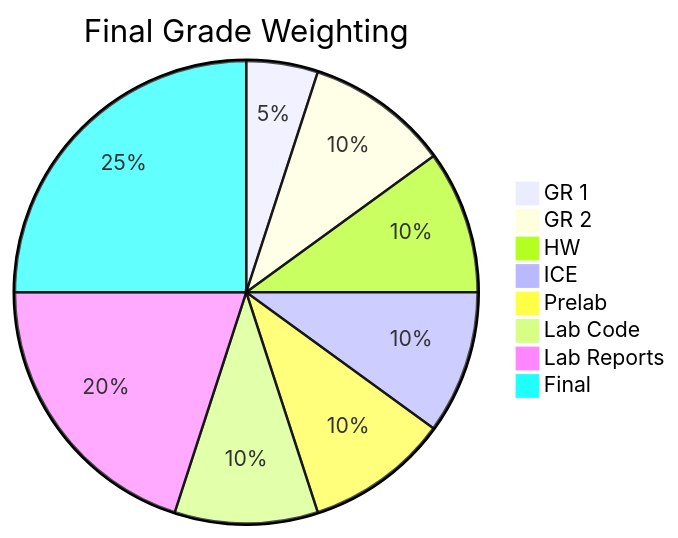
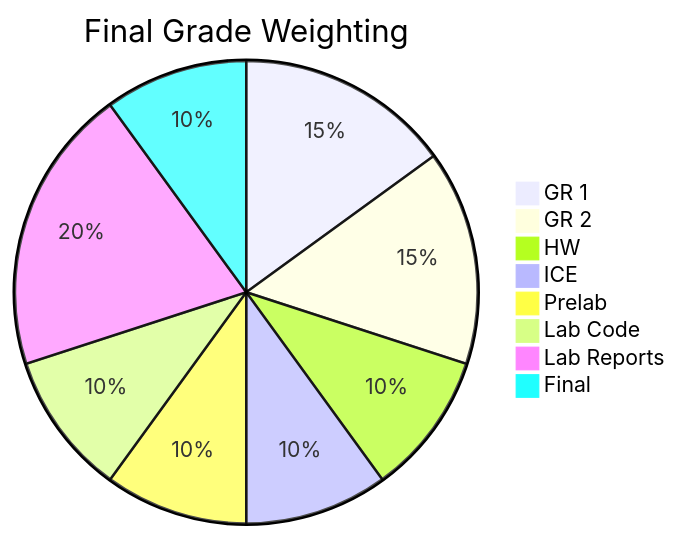
Before and after one commit to USAFA-ECE/ece281-book: the second of 3 diagrams in book/intro.md, drawn with Mermaid.

Commit message:
testing changes to mermaid for final grade weighting

````diff
--- a/book/intro.md
+++ b/book/intro.md
@@ -152,11 +152,11 @@
 ```{mermaid}
 pie title Final Grade Weighting
-    "GR 1" : 5
-    "GR 2" : 10
+    "GR 1" : 15
+    "GR 2" : 15
     "HW" : 10
     "ICE" : 10
     "Prelab" : 10
     "Lab Code"  : 10
     "Lab Reports" : 20
-    "Final": 25
+    "Final": 10
 ```
````
